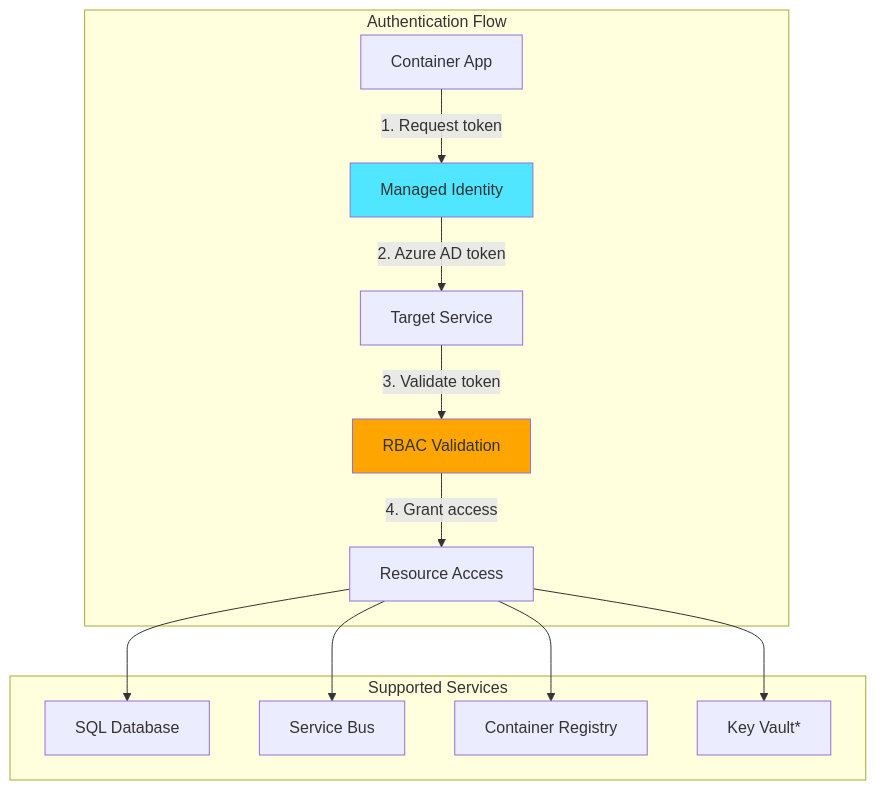
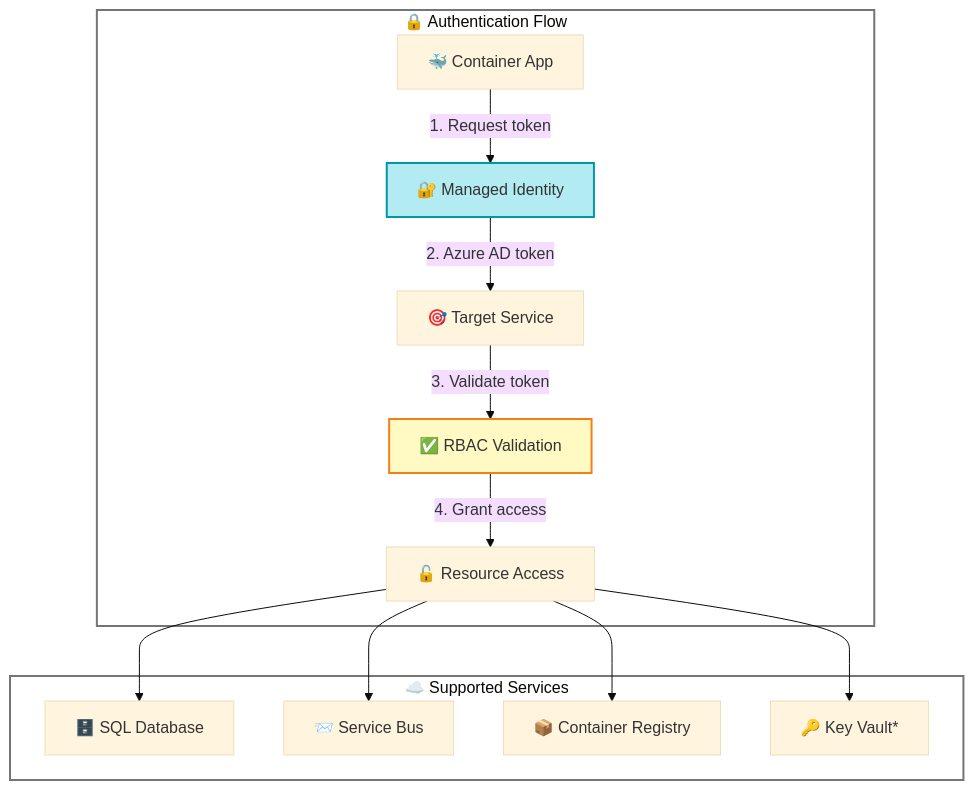
The fourth of 4 diagrams in README.md (Evilazaro/Azure-LogicApps-Monitoring), drawn with Mermaid before and after one commit. The commit also changed other lines of this file, not shown here.

Commit message:
docs: enhance mermaid diagrams with accessibility features and improved color scheme

````diff
--- a/README.md
+++ b/README.md
@@ -450,24 +483,38 @@
 ```mermaid
+---
+config:
+  theme: base
+---
 flowchart TB
-    subgraph "Authentication Flow"
-        A[Container App] -->|1. Request token| B[Managed Identity]
-        B -->|2. Azure AD token| C[Target Service]
-        C -->|3. Validate token| D[RBAC Validation]
-        D -->|4. Grant access| E[Resource Access]
+    accTitle: Security Model Diagram
+    accDescr: Azure authentication flow showing container apps requesting tokens from managed identity, validating through Azure AD and RBAC, then accessing SQL Database, Service Bus, Container Registry, and Key Vault
+    subgraph auth["🔒 Authentication Flow"]
+        A["🐳 Container App"] -->|1. Request token| B["🔐 Managed Identity"]
+        B -->|2. Azure AD token| C["🎯 Target Service"]
+        C -->|3. Validate token| D["✅ RBAC Validation"]
+        D -->|4. Grant access| E["🔓 Resource Access"]
     end
 
-    subgraph "Supported Services"
-        SQL[SQL Database]
-        SB[Service Bus]
-        ACR[Container Registry]
-        KV[Key Vault*]
+    subgraph services["☁️ Supported Services"]
+        SQL["🗄️ SQL Database"]
+        SB["📨 Service Bus"]
+        ACR["📦 Container Registry"]
+        KV["🔑 Key Vault*"]
     end
 
     E --> SQL
     E --> SB
     E --> ACR
     E --> KV
 
-    style B fill:#50e6ff
-    style D fill:#ffa500
+    style auth fill:#FFFFFF,stroke:#757575,stroke-width:2px
+    style services fill:#FFFFFF,stroke:#757575,stroke-width:2px
+    style B fill:#B2EBF2,stroke:#0097A7,stroke-width:2px
+    style D fill:#FFF9C4,stroke:#F57F17,stroke-width:2px
+
+    %% Material Design 100-level colors applied
+    %% Subgraphs: #FFFFFF (white - main containers)
+    %% Managed Identity: #B2EBF2 (Cyan 100 - security)
+    %% RBAC Validation: #FFF9C4 (Yellow 100 - validation/warning)
+    %% All colors WCAG AA compliant (4.5:1 contrast ratio)
 ```
````
